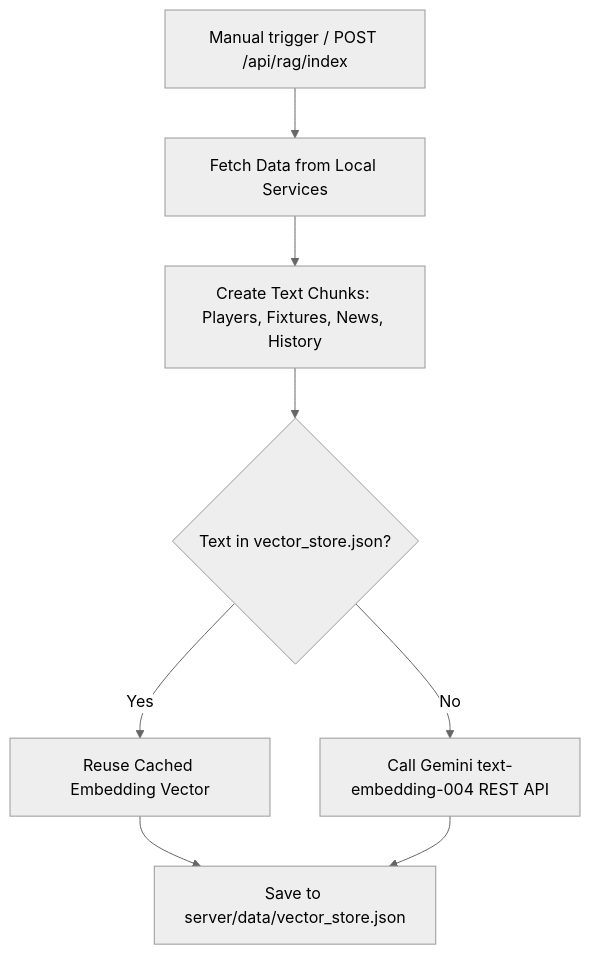
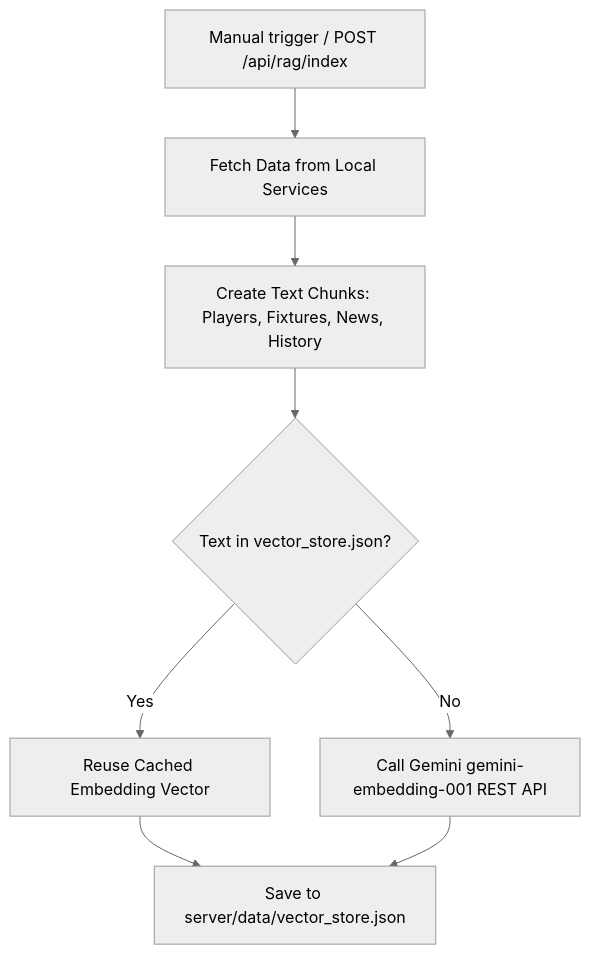
Before and after one commit to s-a-d-a-t/barca-pulse: the first of 2 diagrams in RAG_DOCUMENTATION.md, drawn with Mermaid (neutral theme). The commit also changed other lines of this file, not shown here.

Commit message:
docs: update RAG documentation with gemini-embedding-001, gemini-3.5-flash models, and search grounding configuration

````diff
--- a/RAG_DOCUMENTATION.md
+++ b/RAG_DOCUMENTATION.md
@@ -18,10 +18,10 @@
 ```mermaid
 graph TD
     Trigger[Manual trigger / POST /api/rag/index] --> Fetch[Fetch Data from Local Services]
     Fetch --> Chunks[Create Text Chunks: Players, Fixtures, News, History]
     Chunks --> CacheCheck{Text in vector_store.json?}
     CacheCheck -->|Yes| Reuse[Reuse Cached Embedding Vector]
-    CacheCheck -->|No| Embed[Call Gemini text-embedding-004 REST API]
+    CacheCheck -->|No| Embed[Call Gemini gemini-embedding-001 REST API]
     Reuse --> Store[Save to server/data/vector_store.json]
     Embed --> Store
 ```
````
